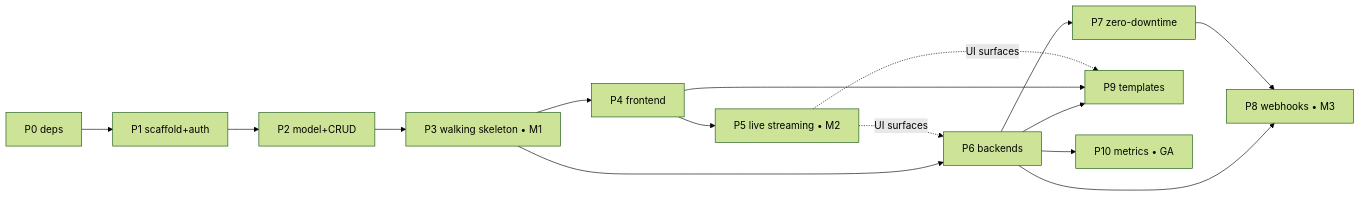
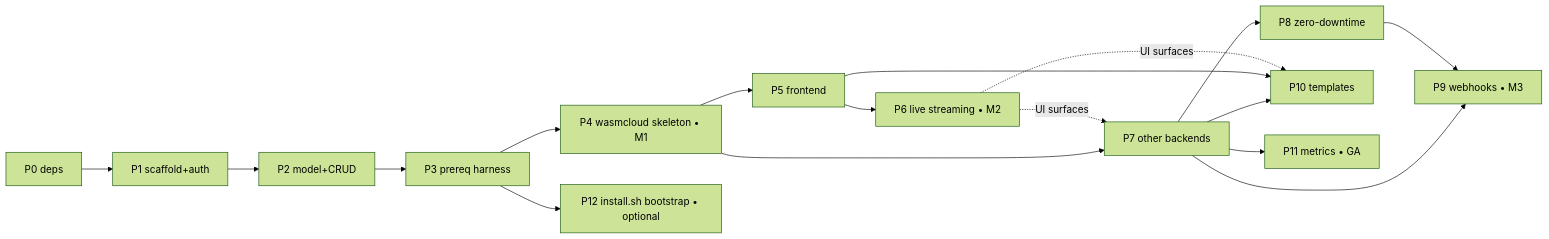
Before and after one commit to rifkyputra/postlab: the diagram in docs/plan/postlab_go_roadmap.md, drawn with Mermaid (forest theme). The commit also changed other lines of this file and 2 other files, not shown here.

Commit message:
docs: postlab git rewrite plan and roadmap tooling updates

````diff
--- a/docs/plan/postlab_go_roadmap.md
+++ b/docs/plan/postlab_go_roadmap.md
@@ -382,17 +514,19 @@
 ```mermaid
 flowchart LR
     P0[P0 deps] --> P1[P1 scaffold+auth]
     P1 --> P2[P2 model+CRUD]
-    P2 --> P3[P3 walking skeleton • M1]
-    P3 --> P4[P4 frontend]
-    P4 --> P5[P5 live streaming • M2]
-    P3 --> P6[P6 backends]
-    P6 --> P7[P7 zero-downtime]
-    P6 --> P8[P8 webhooks • M3]
-    P7 --> P8
-    P6 --> P9[P9 templates]
-    P4 --> P9
-    P6 --> P10[P10 metrics • GA]
-    P5 -. UI surfaces .-> P6
-    P5 -. UI surfaces .-> P9
+    P2 --> P3[P3 prereq harness]
+    P3 --> P4[P4 wasmcloud skeleton • M1]
+    P4 --> P5[P5 frontend]
+    P5 --> P6[P6 live streaming • M2]
+    P4 --> P7[P7 other backends]
+    P7 --> P8[P8 zero-downtime]
+    P7 --> P9[P9 webhooks • M3]
+    P8 --> P9
+    P7 --> P10[P10 templates]
+    P5 --> P10
+    P7 --> P11[P11 metrics • GA]
+    P3 --> P12[P12 install.sh bootstrap • optional]
+    P6 -. UI surfaces .-> P7
+    P6 -. UI surfaces .-> P10
 ```
````
